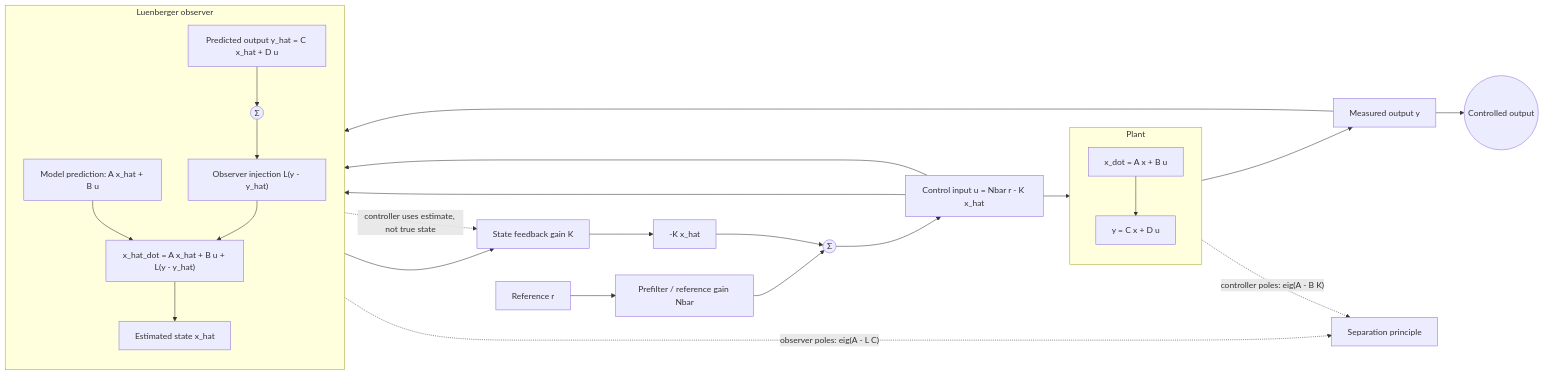
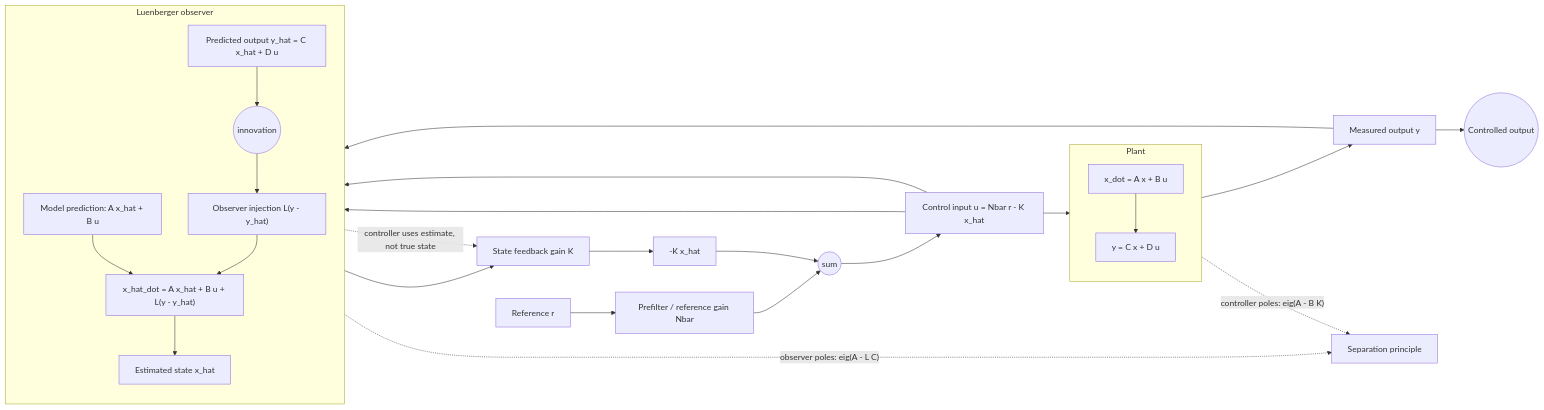
The diagram in docs/cs/control-engineering/state-space-controller-observer-design.md (justinbrianhwang/SJ-wiki), drawn with Mermaid before and after one commit. The commit also changed other lines of this file and 955 other files, not shown here.

````diff
--- a/docs/cs/control-engineering/state-space-controller-observer-design.md
+++ b/docs/cs/control-engineering/state-space-controller-observer-design.md
@@ -128,39 +126,39 @@
 ```mermaid
 flowchart LR
   R["Reference r"] --> Pref["Prefilter / reference gain Nbar"]
-  Pref --> SumU(("Σ"))
+  Pref --> SumU(("sum"))
   XHat["Estimated state x_hat"] --> K["State feedback gain K"]
   K --> NegK["-K x_hat"]
   NegK --> SumU
   SumU --> U["Control input u = Nbar r - K x_hat"]
 
   subgraph Plant["Plant"]
     direction TB
     Xdot["x_dot = A x + B u"]
     Yeq["y = C x + D u"]
     Xdot --> Yeq
   end
 
   subgraph Observer["Luenberger observer"]
     direction TB
     Model["Model prediction: A x_hat + B u"]
     Yhat["Predicted output y_hat = C x_hat + D u"]
-    Innov(("Σ"))
+    Innov(("innovation"))
     GainL["Observer injection L(y - y_hat)"]
     XhatDot["x_hat_dot = A x_hat + B u + L(y - y_hat)"]
     Model --> XhatDot
     Yhat --> Innov
     Innov --> GainL --> XhatDot
     XhatDot --> XHat
   end
 
   U --> Xdot
   U --> Model
   U --> Yhat
   Yeq --> Y["Measured output y"]
   Y --> Innov
   Y --> Output(("Controlled output"))
   XHat -. "controller uses estimate, not true state" .-> K
   Xdot -. "controller poles: eig(A - B K)" .-> Sep["Separation principle"]
   XhatDot -. "observer poles: eig(A - L C)" .-> Sep
 ```
````
